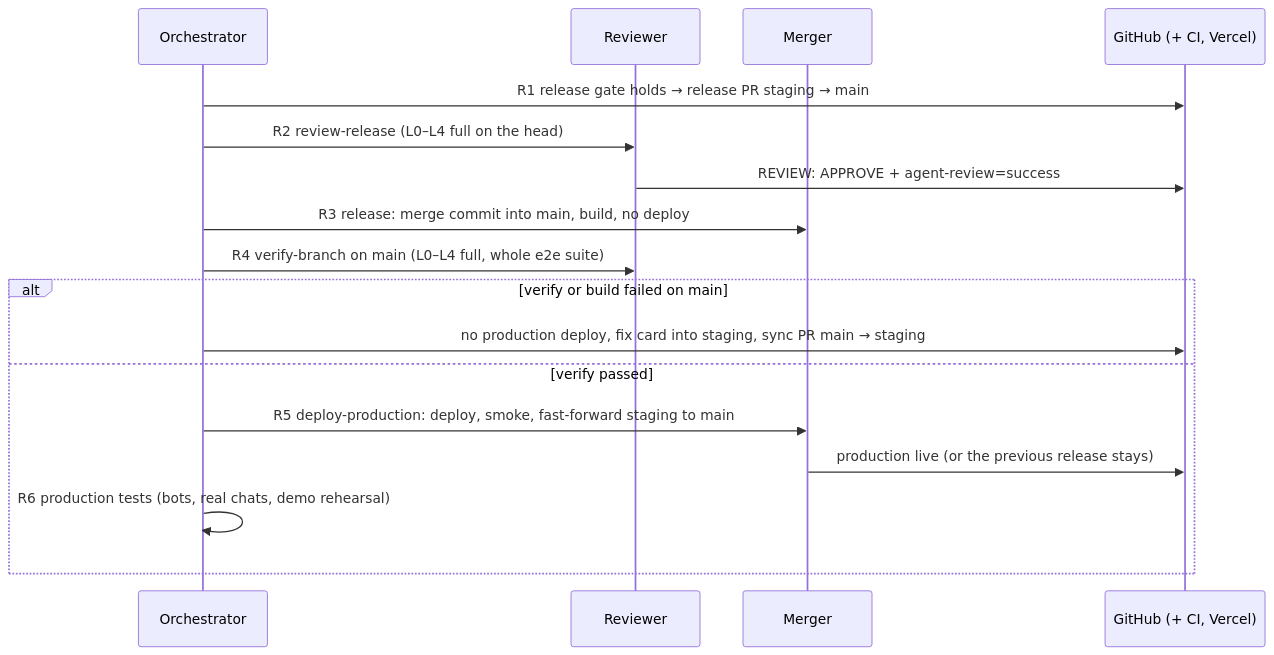
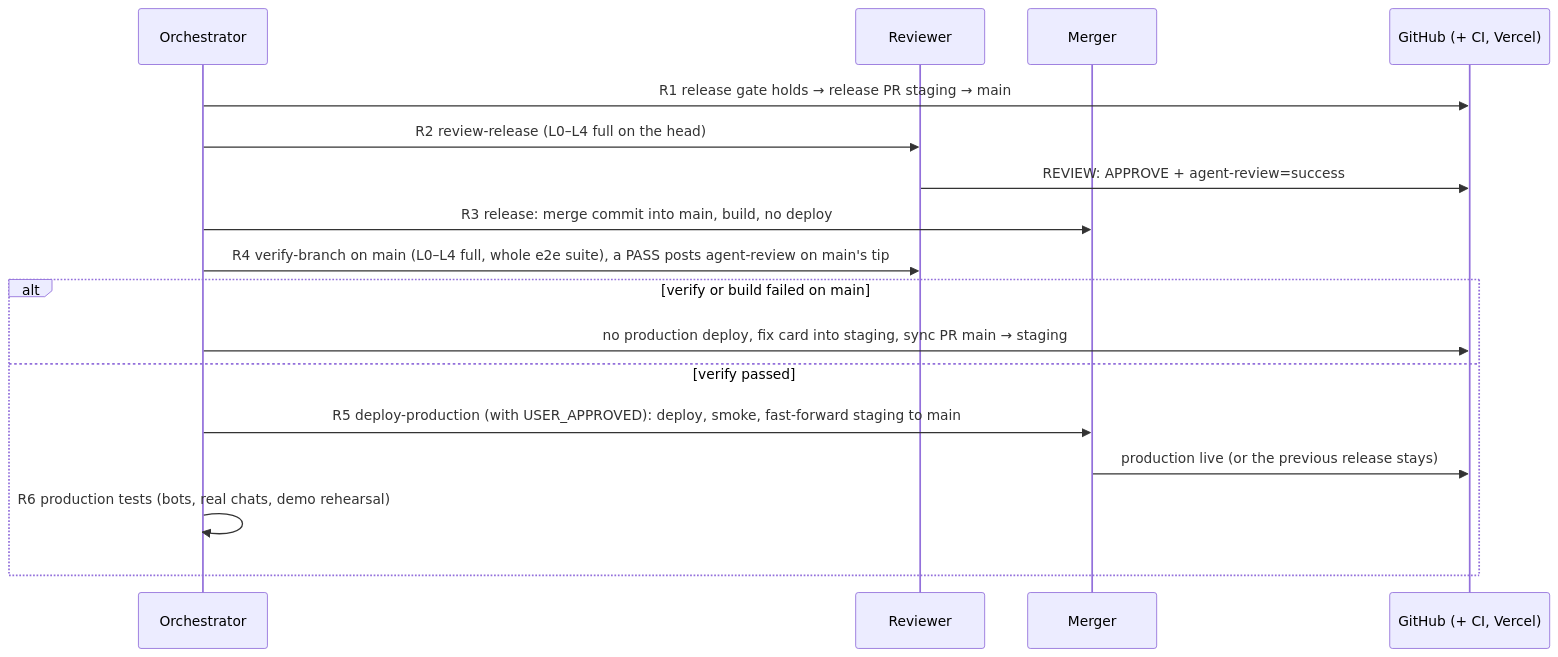
One commit to dangnguyenducanh/Zalo-Tele-intergrated-financial-apps changed the second of 2 diagrams in docs/08-agent-workflow.md. Above: the diagram before and after it, drawn with Mermaid. The commit also changed other lines of this file and 5 other files, not shown here.

````diff
--- a/docs/08-agent-workflow.md
+++ b/docs/08-agent-workflow.md
@@ -68,19 +68,19 @@
 ```mermaid
 sequenceDiagram
     participant O as Orchestrator
     participant R as Reviewer
     participant M as Merger
     participant G as GitHub (+ CI, Vercel)
     O->>G: R1 release gate holds → release PR staging → main
     O->>R: R2 review-release (L0–L4 full on the head)
     R->>G: REVIEW: APPROVE + agent-review=success
     O->>M: R3 release: merge commit into main, build, no deploy
-    O->>R: R4 verify-branch on main (L0–L4 full, whole e2e suite)
+    O->>R: R4 verify-branch on main (L0–L4 full, whole e2e suite), a PASS posts agent-review on main's tip
     alt verify or build failed on main
         O->>G: no production deploy, fix card into staging, sync PR main → staging
     else verify passed
-        O->>M: R5 deploy-production: deploy, smoke, fast-forward staging to main
+        O->>M: R5 deploy-production (with USER_APPROVED): deploy, smoke, fast-forward staging to main
         M->>G: production live (or the previous release stays)
         O->>O: R6 production tests (bots, real chats, demo rehearsal)
     end
 ```
````
